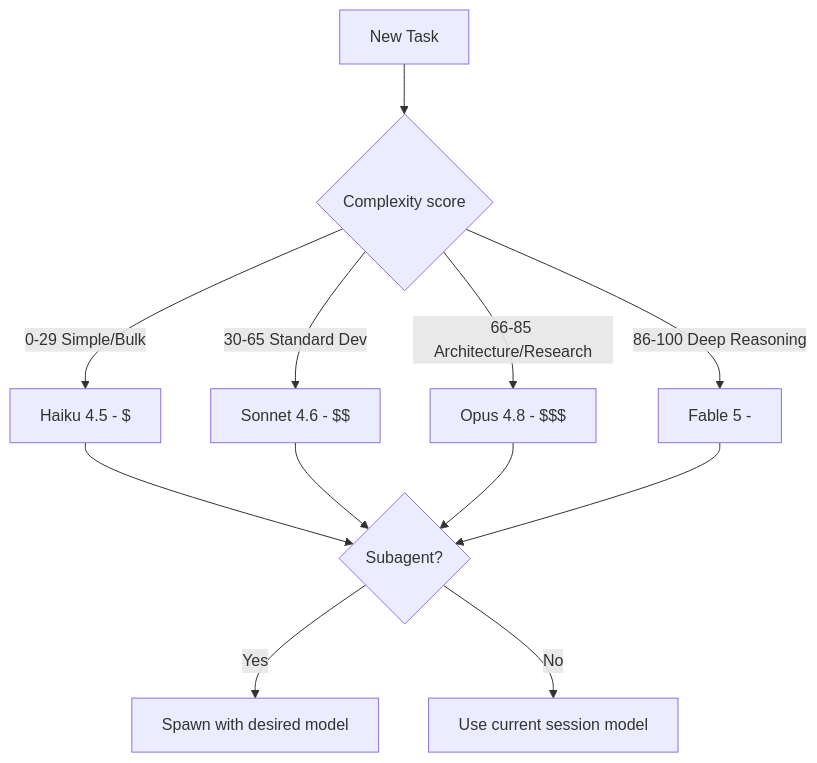
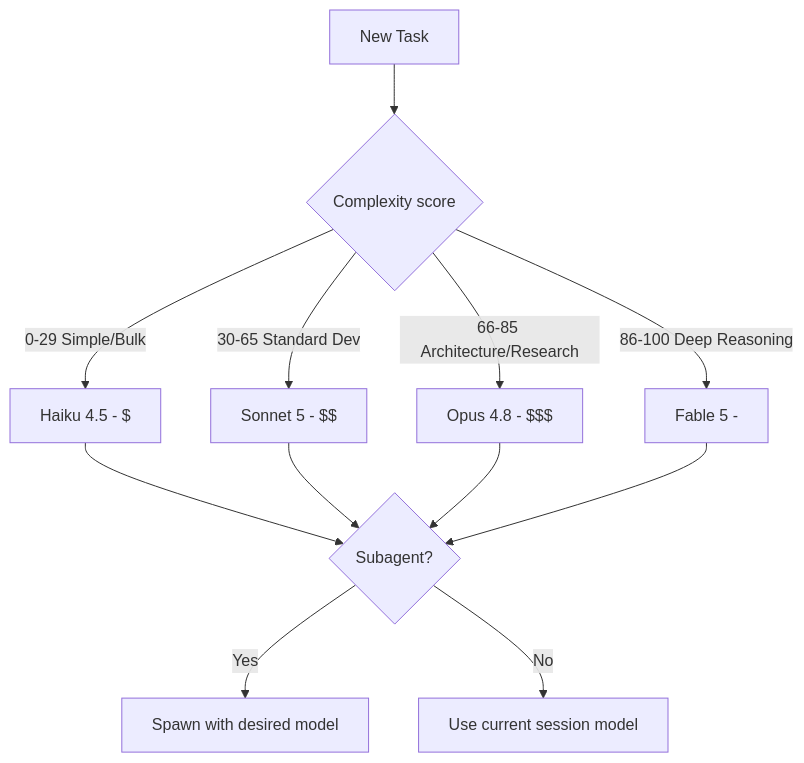
One commit to KevinZai/commander changed the diagram in BIBLE.md. Above: the diagram before and after it, drawn with Mermaid. The commit also changed other lines of this file and 47 other files, not shown here.

````diff
--- a/BIBLE.md
+++ b/BIBLE.md
@@ -2336,14 +2336,14 @@
 ```mermaid
 graph TD
     A[New Task] --> B{Complexity score}
     B -->|0-29 Simple/Bulk| C[Haiku 4.5 - $]
-    B -->|30-65 Standard Dev| D[Sonnet 4.6 - $$]
+    B -->|30-65 Standard Dev| D[Sonnet 5 - $$]
     B -->|66-85 Architecture/Research| E[Opus 4.8 - $$$]
     B -->|86-100 Deep Reasoning| F[Fable 5 - $$$$]
     C --> G{Subagent?}
     D --> G
     E --> G
     F --> G
     G -->|Yes| H[Spawn with desired model]
     G -->|No| I[Use current session model]
 ```
````
